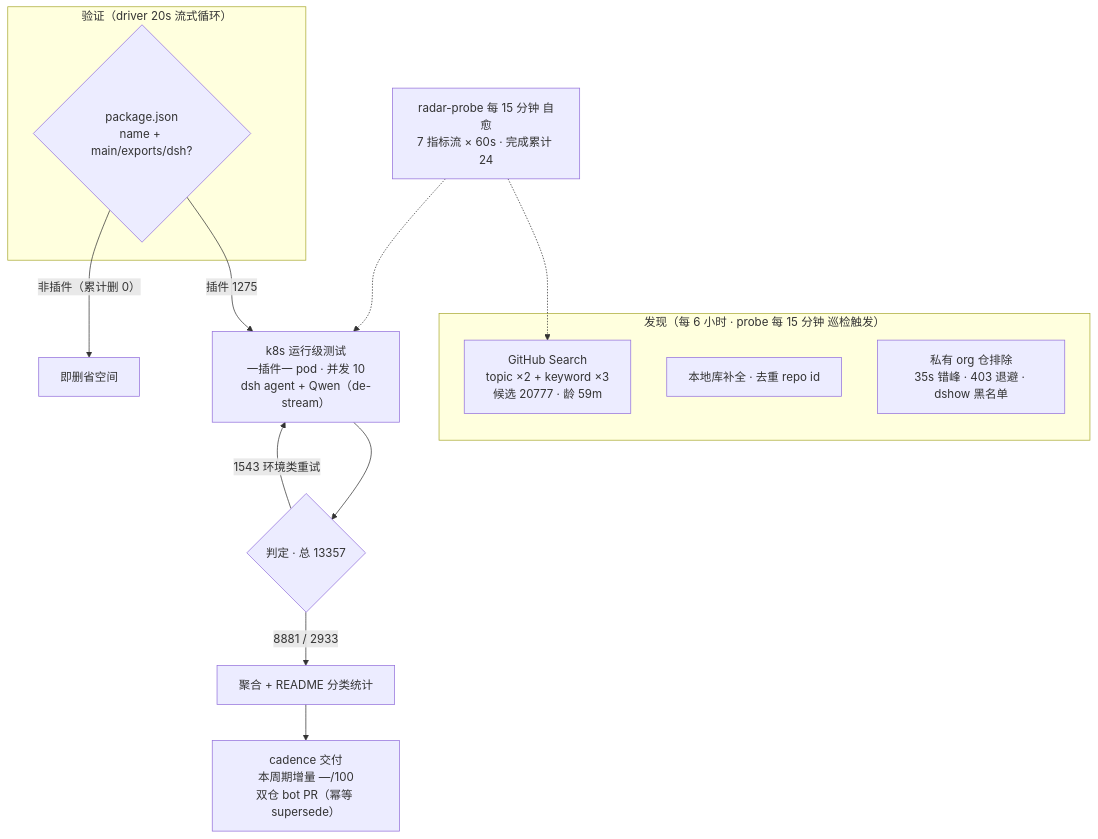
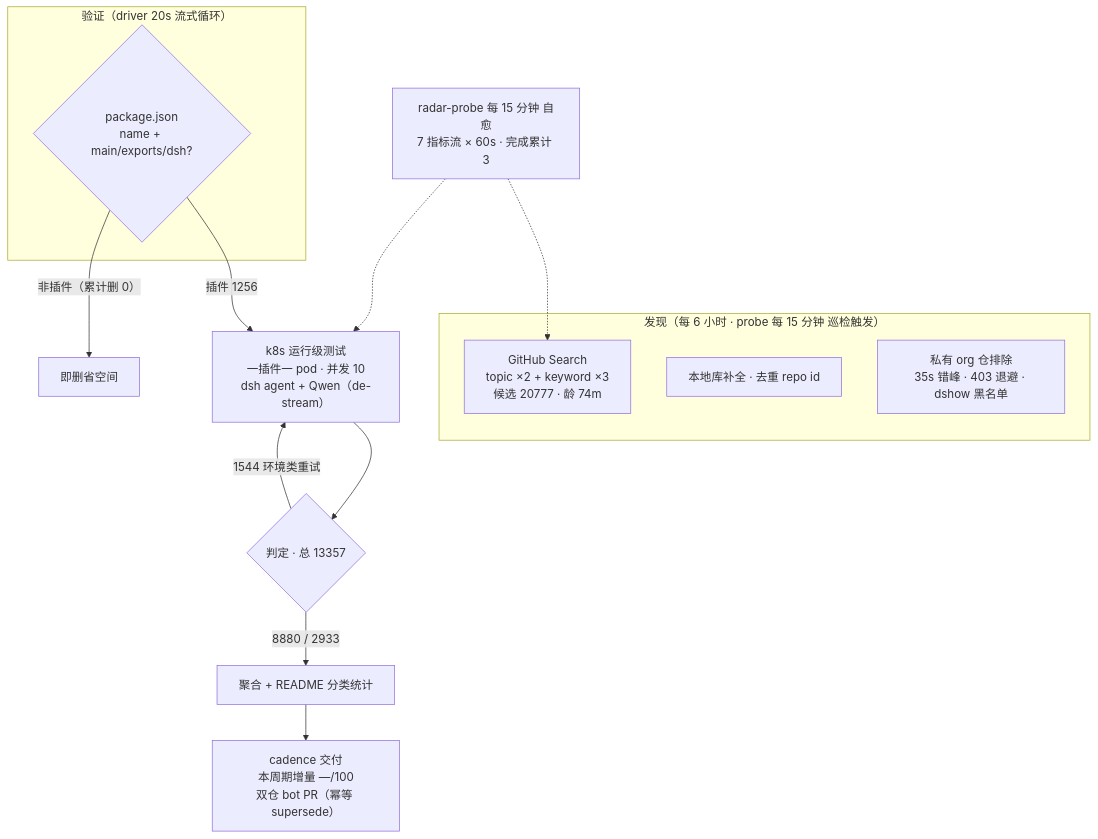
The diagram in README.md (1420079678-ctrl/dsh-plugin-radar), drawn with Mermaid before and after one commit. The commit also changed other lines of this file and 9 other files, not shown here.

````diff
--- a/README.md
+++ b/README.md
@@ -52,20 +52,20 @@
 ```mermaid
 flowchart TB
     subgraph Discovery["发现（每 6 小时 · probe 每 15 分钟 巡检触发）"]
-        A1["GitHub Search<br/>topic ×2 + keyword ×3<br/>候选 20777 · 龄 59m"]
+        A1["GitHub Search<br/>topic ×2 + keyword ×3<br/>候选 20777 · 龄 74m"]
         A2["本地库补全 · 去重 repo id"]
         A3["私有 org 仓排除<br/>35s 错峰 · 403 退避 · dshow 黑名单"]
     end
     subgraph Validation["验证（driver 20s 流式循环）"]
         B1{"package.json<br/>name + main/exports/dsh?"}
     end
-    B1 -->|"插件 1275"| C1["k8s 运行级测试<br/>一插件一 pod · 并发 10<br/>dsh agent + Qwen（de-stream）"]
+    B1 -->|"插件 1256"| C1["k8s 运行级测试<br/>一插件一 pod · 并发 10<br/>dsh agent + Qwen（de-stream）"]
     B1 -->|"非插件（累计删 0）"| B3["即删省空间"]
     C1 --> D1{"判定 · 总 13357"}
-    D1 -->|"8881 / 2933"| E1["聚合 + README 分类统计"]
-    D1 -->|"1543 环境类重试"| C1
+    D1 -->|"8880 / 2933"| E1["聚合 + README 分类统计"]
+    D1 -->|"1544 环境类重试"| C1
     E1 --> E2["cadence 交付<br/>本周期增量 —/100<br/>双仓 bot PR（幂等 supersede）"]
-    M["radar-probe 每 15 分钟 自愈<br/>7 指标流 × 60s · 完成累计 24"]
+    M["radar-probe 每 15 分钟 自愈<br/>7 指标流 × 60s · 完成累计 3"]
     M -.-> A1
     M -.-> C1
 ```
````
